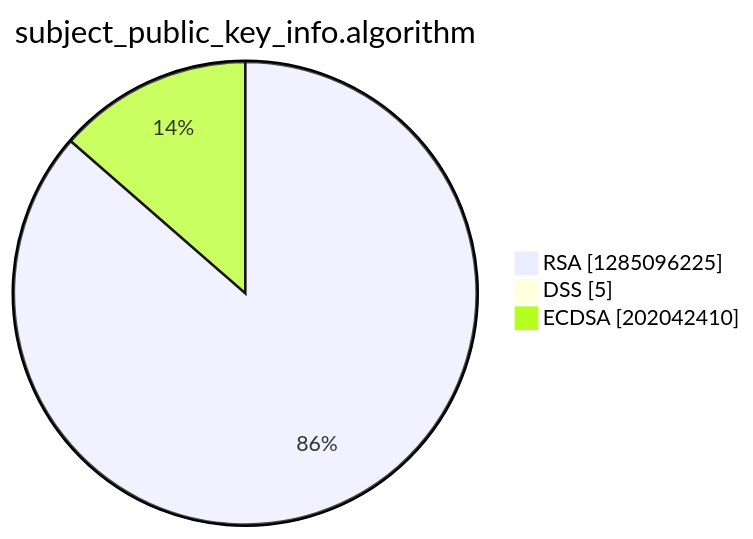
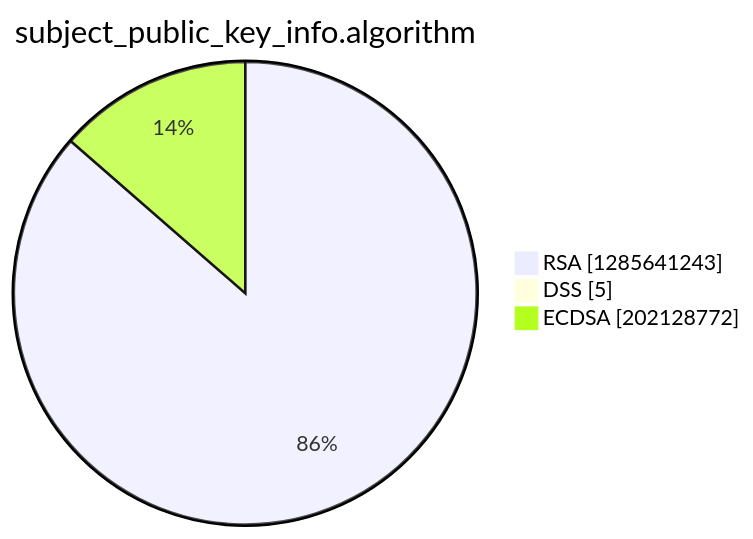
One commit to christiankrug/ctmonitor_visualization changed the third of 15 diagrams in argon2022/README.md. Above: the diagram before and after it, drawn with Mermaid. The commit also changed other lines of this file, not shown here.

````diff
--- a/argon2022/README.md
+++ b/argon2022/README.md
@@ -14,7 +14,7 @@
 ```mermaid
 pie showData
 title subject_public_key_info.algorithm
-"RSA" :1285096225
+"RSA" :1285641243
 "DSS" :5
-"ECDSA" :202042410
+"ECDSA" :202128772
 ```
````
